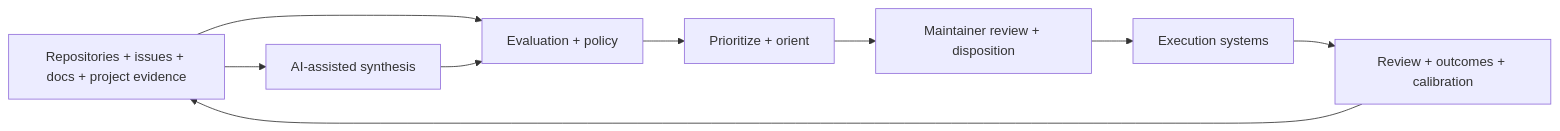
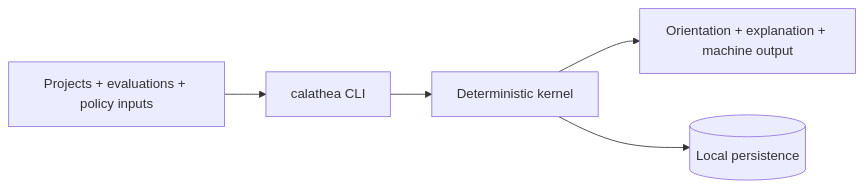
The first of 2 diagrams in README.md (hackelia-micrantha/calathea-community), drawn with Mermaid before and after one commit. The commit also changed other lines of this file, not shown here.

Commit message:
docs: reposition community repo as public kernel

````diff
--- a/README.md
+++ b/README.md
@@ -39,19 +46,7 @@
 ```mermaid
 flowchart LR
-    Evidence[Repositories + issues + docs + project evidence]
-    AI[AI-assisted synthesis]
-    Eval[Evaluation + policy]
-    Orient[Prioritize + orient]
-    Human[Maintainer review + disposition]
-    Work[Execution systems]
-    Review[Review + outcomes + calibration]
-
-    Evidence --> AI
-    Evidence --> Eval
-    AI --> Eval
-    Eval --> Orient
-    Orient --> Human
-    Human --> Work
-    Work --> Review
-    Review --> Evidence
+    Input[Projects + evaluations + policy inputs] --> CLI[calathea CLI]
+    CLI --> Core[Deterministic kernel]
+    Core --> Output[Orientation + explanation + machine output]
+    Core --> Store[(Local persistence)]
 ```
````
